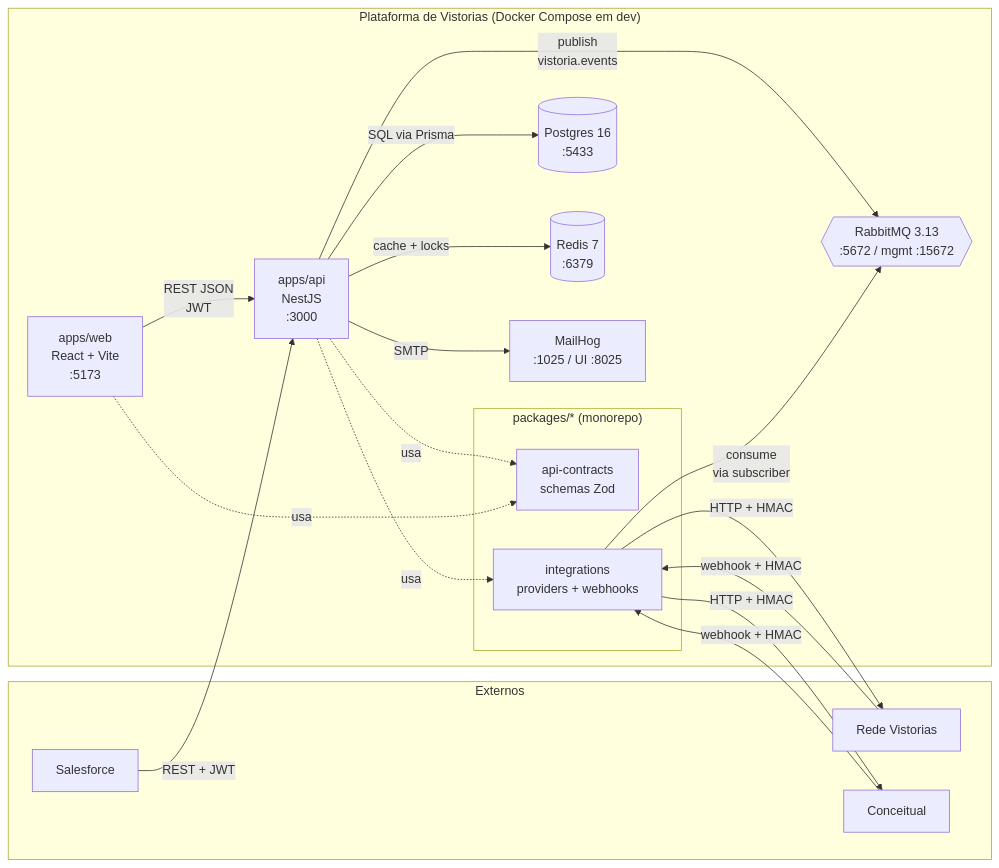
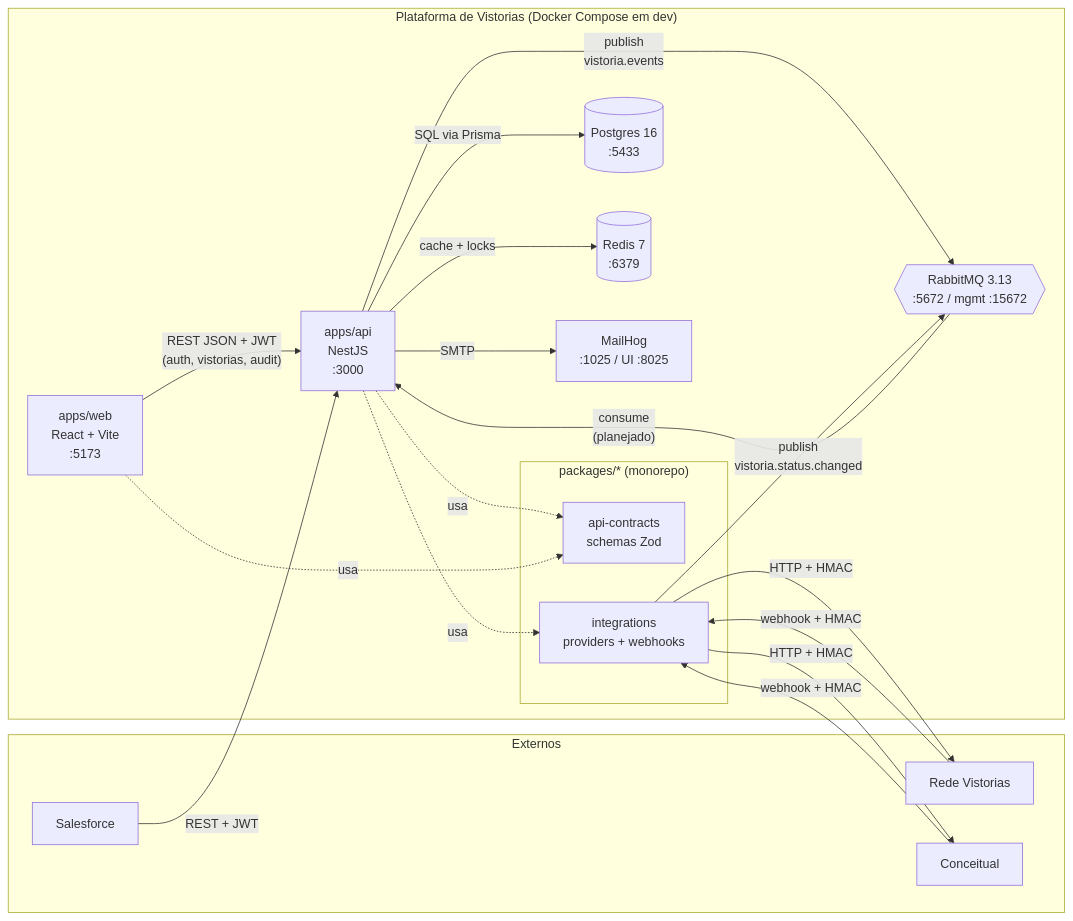
Before and after one commit to csantosrss/VistoriaPlatform: the diagram in docs/architecture/c4-container.md, drawn with Mermaid. The commit also changed other lines of this file and 6 other files, not shown here.

````diff
--- a/docs/architecture/c4-container.md
+++ b/docs/architecture/c4-container.md
@@ -7,41 +7,42 @@
 ```mermaid
 flowchart LR
     subgraph Externos
         sf["Salesforce"]
         rv["Rede Vistorias"]
         cc["Conceitual"]
     end
 
     subgraph Plataforma["Plataforma de Vistorias (Docker Compose em dev)"]
         web["apps/web<br/>React + Vite<br/>:5173"]
         api["apps/api<br/>NestJS<br/>:3000"]
 
         subgraph Packages["packages/* (monorepo)"]
             contracts["api-contracts<br/>schemas Zod"]
             integrations["integrations<br/>providers + webhooks"]
         end
 
         pg[("Postgres 16<br/>:5433")]
         redis[("Redis 7<br/>:6379")]
         rmq{{"RabbitMQ 3.13<br/>:5672 / mgmt :15672"}}
         mh["MailHog<br/>:1025 / UI :8025"]
     end
 
-    web -- "REST JSON<br/>JWT" --> api
+    web -- "REST JSON + JWT<br/>(auth, vistorias, audit)" --> api
 
     api -.usa.-> contracts
     api -.usa.-> integrations
     web -.usa.-> contracts
 
     api -- "SQL via Prisma" --> pg
     api -- "cache + locks" --> redis
     api -- "publish<br/>vistoria.events" --> rmq
-    integrations -- "consume<br/>via subscriber" --> rmq
+    integrations -- "publish<br/>vistoria.status.changed" --> rmq
+    rmq -- "consume<br/>(planejado)" --> api
 
     integrations -- "HTTP + HMAC" --> rv
     integrations -- "HTTP + HMAC" --> cc
     sf -- "REST + JWT" --> api
     api -- "SMTP" --> mh
     rv -- "webhook + HMAC" --> integrations
     cc -- "webhook + HMAC" --> integrations
 ```
````
